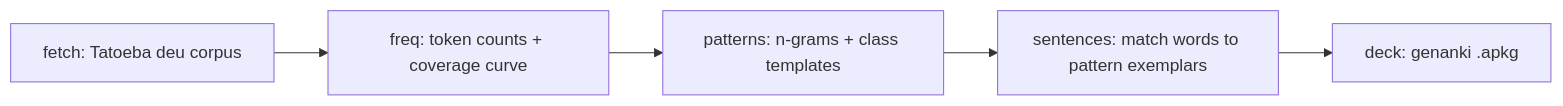
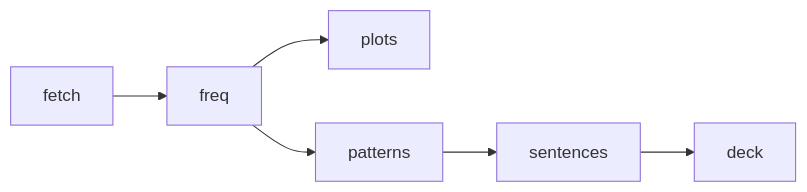
One commit to gbrlpzz/german-pareto-deck changed the diagram in README.md. Above: the diagram before and after it, drawn with Mermaid. The commit also changed other lines of this file and 8 other files, not shown here.

Commit message:
docs: scientific overview README with coverage figures, anchor CSV, reproducible plots stage

````diff
--- a/README.md
+++ b/README.md
@@ -28,7 +68,5 @@
 ```mermaid
 flowchart LR
-    A[fetch: Tatoeba deu corpus] --> B[freq: token counts + coverage curve]
-    B --> C[patterns: n-grams + class templates]
-    C --> D[sentences: match words to pattern exemplars]
-    D --> E[deck: genanki .apkg]
+    A[fetch] --> B[freq] --> C[plots]
+    B --> D[patterns] --> E[sentences] --> F[deck]
 ```
````
